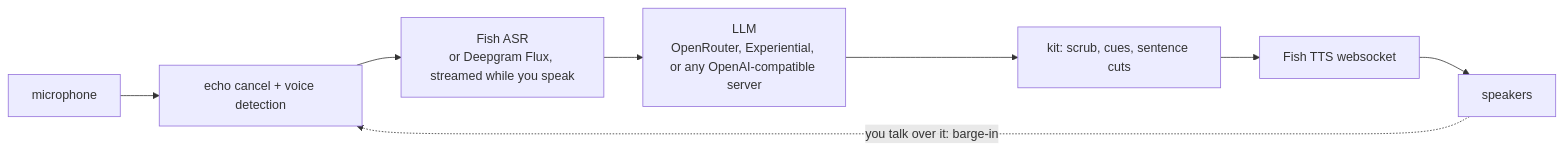
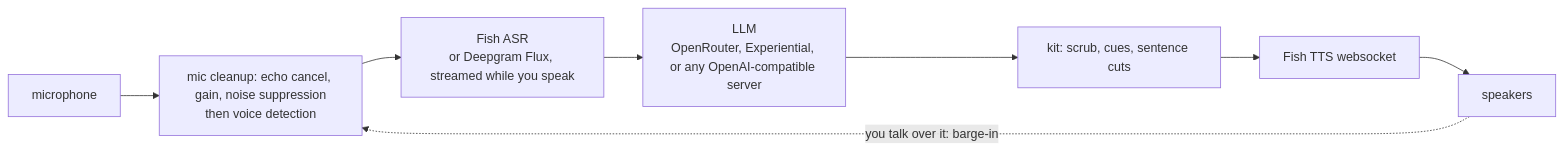
The diagram in README.md (kzndotsh/fish-audio-suite), drawn with Mermaid before and after one commit. The commit also changed other lines of this file and 21 other files, not shown here.

````diff
--- a/README.md
+++ b/README.md
@@ -58,10 +58,10 @@
 ```mermaid
 flowchart LR
-    mic["microphone"] --> ear["echo cancel + voice detection"]
+    mic["microphone"] --> ear["mic cleanup: echo cancel, gain, noise suppression<br/>then voice detection"]
     ear --> asr["Fish ASR<br/>or Deepgram Flux, streamed while you speak"]
     asr --> llm["LLM<br/>OpenRouter, Experiential, or any OpenAI-compatible server"]
     llm --> kit["kit: scrub, cues, sentence cuts"]
     kit --> tts["Fish TTS websocket"]
     tts --> spk["speakers"]
     spk -. "you talk over it: barge-in" .-> ear
 ```
````
